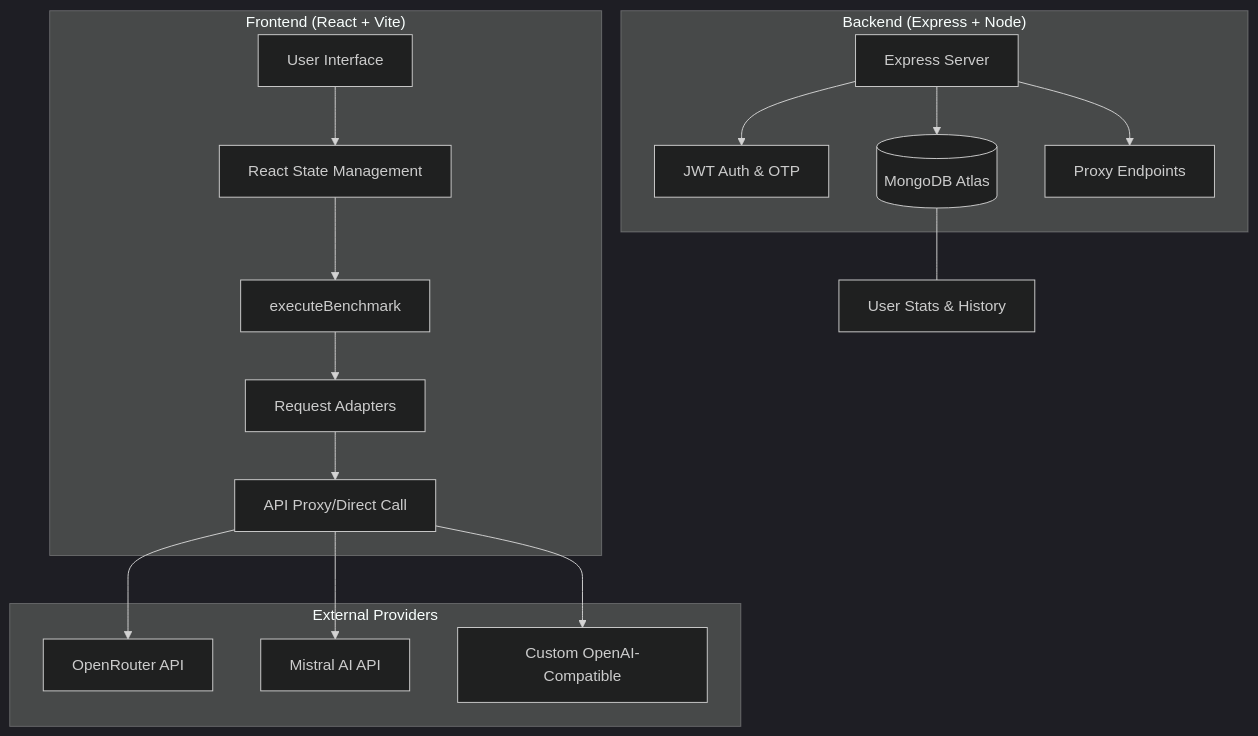
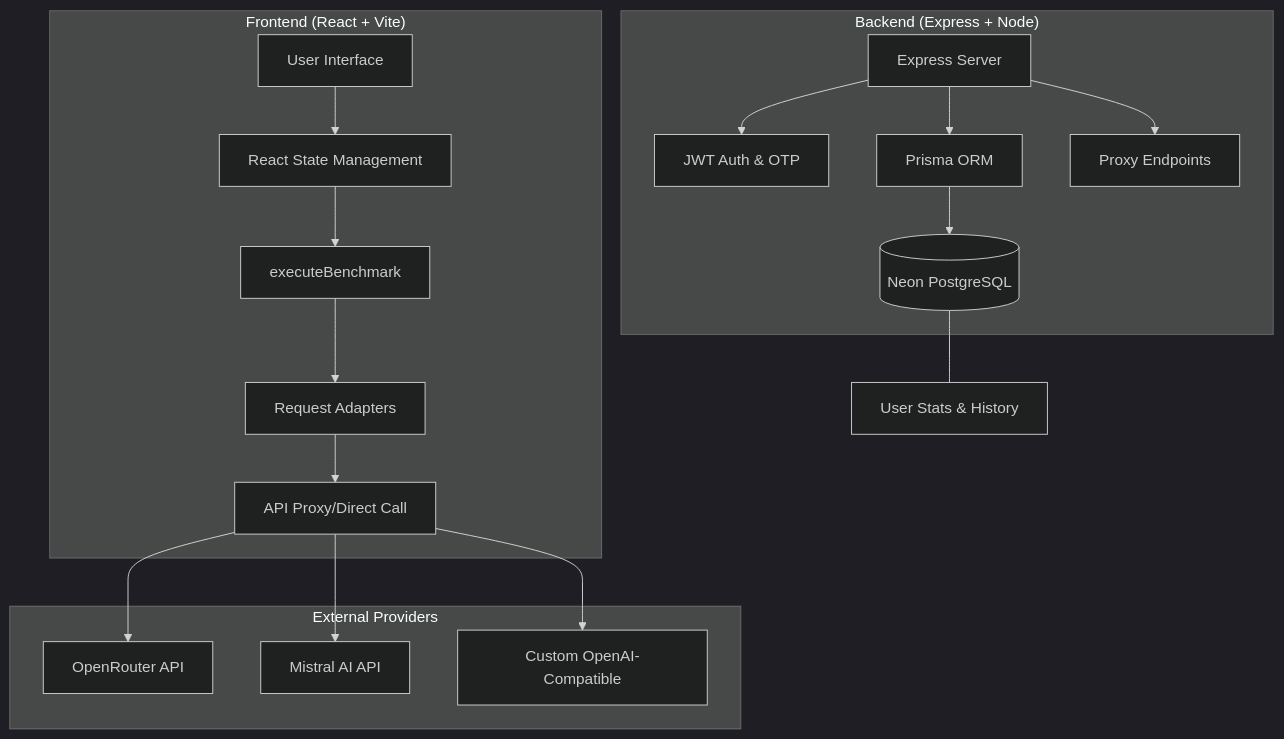
Before and after one commit to KavimugilRajasekar/ResponseRally: the diagram in README.md, drawn with Mermaid (dark theme). The commit also changed other lines of this file and 228 other files, not shown here.

````diff
--- a/README.md
+++ b/README.md
@@ -50,23 +51,24 @@
 ```mermaid
 graph TD
     subgraph "Frontend (React + Vite)"
         UI[User Interface] --> State[React State Management]
         State --> Bench[executeBenchmark]
         Bench --> Adapters[Request Adapters]
         Adapters --> Proxy[API Proxy/Direct Call]
     end
 
     subgraph "Backend (Express + Node)"
         Server[Express Server] --> Auth[JWT Auth & OTP]
-        Server --> DB[(MongoDB Atlas)]
+        Server --> Prisma[Prisma ORM]
+        Prisma --> DB[(Neon PostgreSQL)]
         Server --> ProxyRoute[Proxy Endpoints]
     end
 
     subgraph "External Providers"
         Proxy --> OpenRouter[OpenRouter API]
         Proxy --> Mistral[Mistral AI API]
         Proxy --> Custom[Custom OpenAI-Compatible]
     end
     
     DB --- User[User Stats & History]
 ```
````
